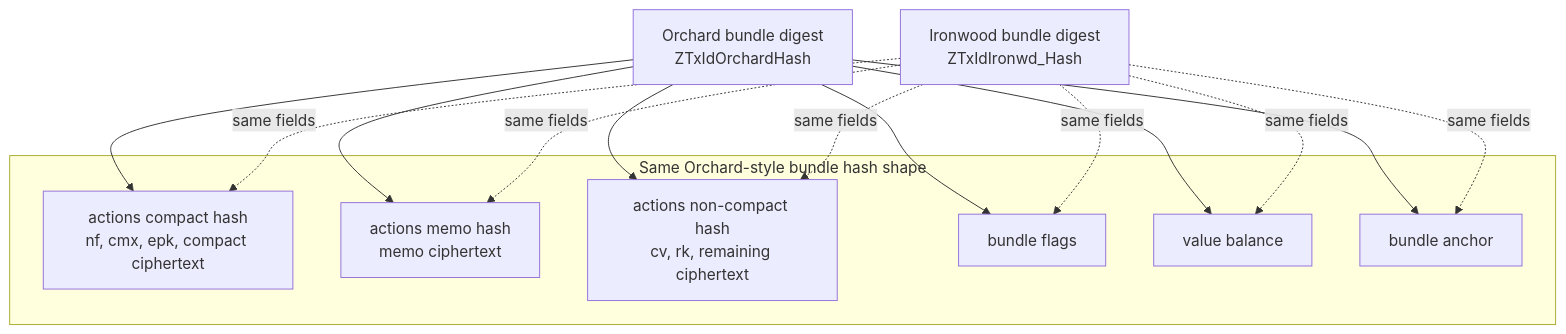
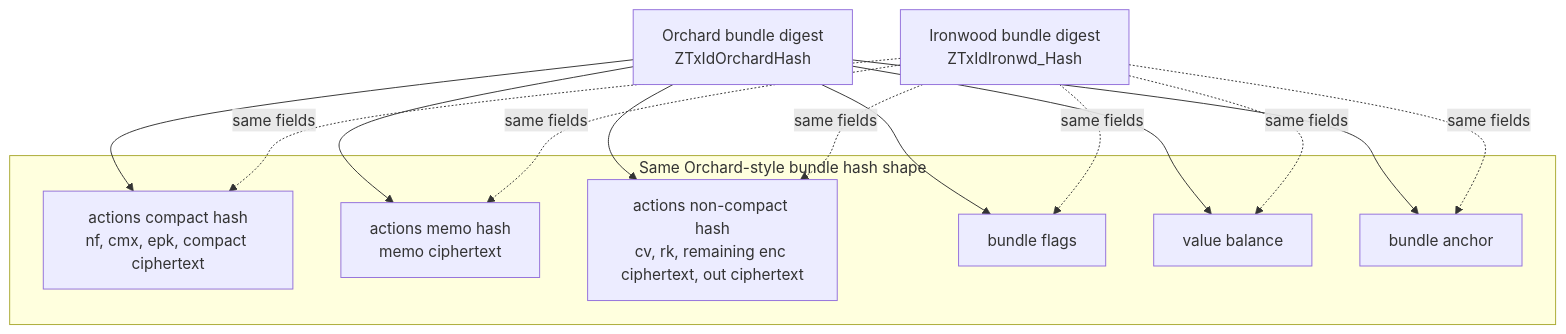
The second of 2 diagrams in book/src/design/transaction-format.md (TalDerei/ironwood), drawn with Mermaid before and after one commit. The commit also changed 3 other files, not shown here.

````diff
--- a/book/src/design/transaction-format.md
+++ b/book/src/design/transaction-format.md
@@ -29,28 +29,28 @@
 ```mermaid
 flowchart TD
     OrchardBundle["Orchard bundle digest<br/>ZTxIdOrchardHash"]
     IronwoodBundle["Ironwood bundle digest<br/>ZTxIdIronwd_Hash"]
 
     subgraph Shape["Same Orchard-style bundle hash shape"]
         Compact["actions compact hash<br/>nf, cmx, epk, compact ciphertext"]
         Memos["actions memo hash<br/>memo ciphertext"]
-        NonCompact["actions non-compact hash<br/>cv, rk, remaining ciphertext"]
+        NonCompact["actions non-compact hash<br/>cv, rk, remaining enc ciphertext, out ciphertext"]
         Flags["bundle flags"]
         Value["value balance"]
         Anchor["bundle anchor"]
     end
 
     OrchardBundle --> Compact
     OrchardBundle --> Memos
     OrchardBundle --> NonCompact
     OrchardBundle --> Flags
     OrchardBundle --> Value
     OrchardBundle --> Anchor
 
     IronwoodBundle -. same fields .-> Compact
     IronwoodBundle -. same fields .-> Memos
     IronwoodBundle -. same fields .-> NonCompact
     IronwoodBundle -. same fields .-> Flags
     IronwoodBundle -. same fields .-> Value
     IronwoodBundle -. same fields .-> Anchor
 ```
````
